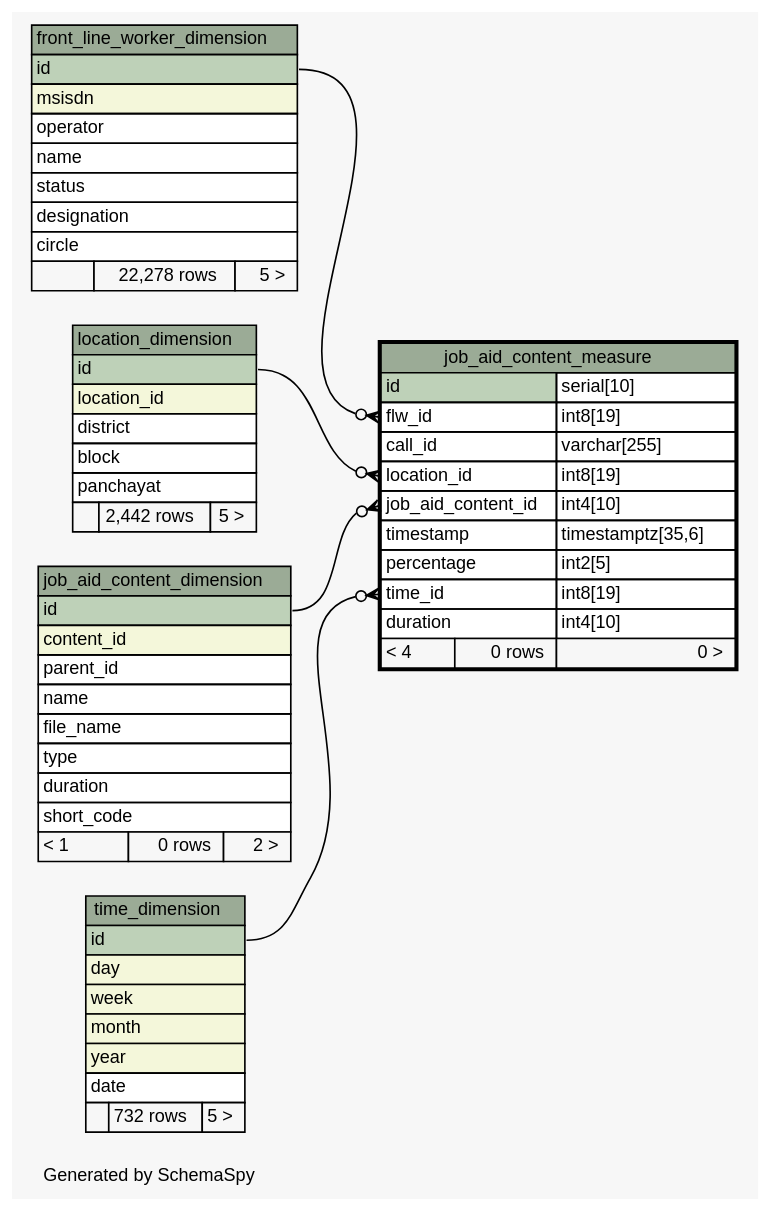
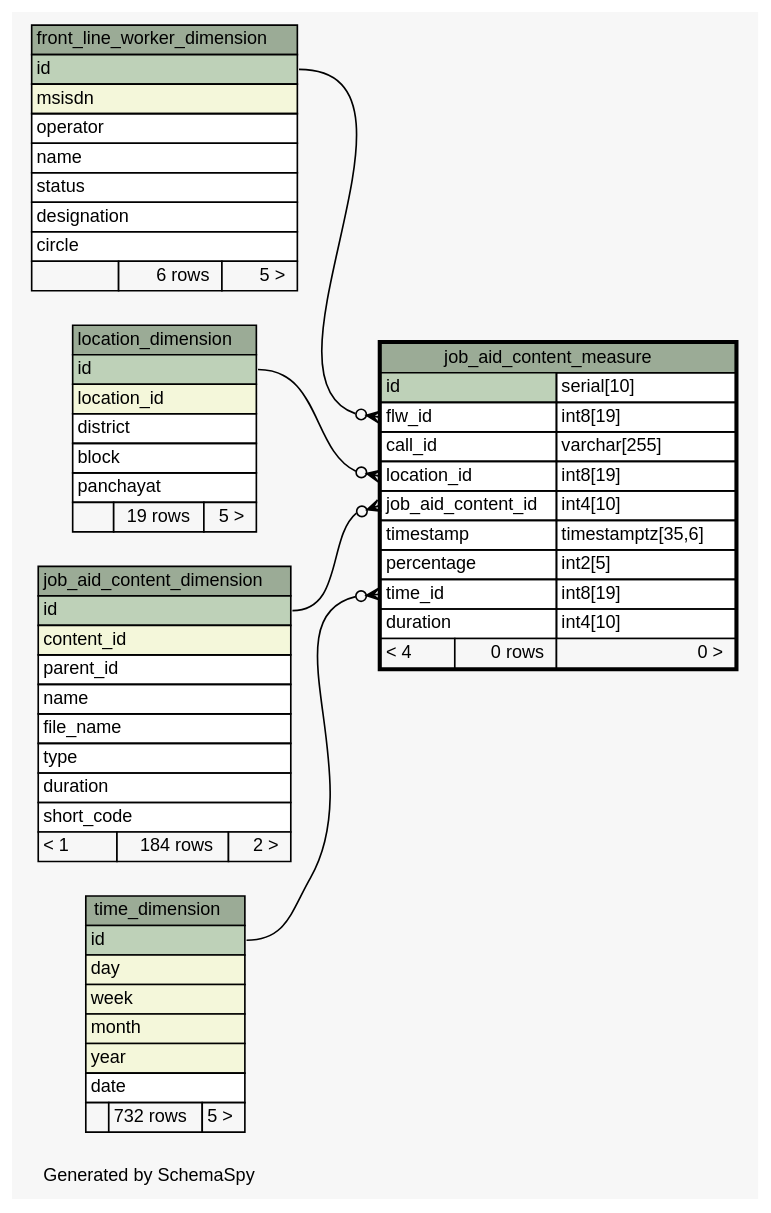
One commit to motech/ananya changed the diagram in ananya-report/build/schemaspy-output/diagrams/job_aid_content_measure.1degree.dot. Above: the diagram before and after it, drawn with Graphviz. The commit also changed 76 other files, not shown here.

```diff
--- a/ananya-report/build/schemaspy-output/diagrams/job_aid_content_measure.1degree.dot
+++ b/ananya-report/build/schemaspy-output/diagrams/job_aid_content_measure.1degree.dot
@@ -1,106 +1,106 @@
 // dot 2.26.3 on Linux 2.6.38-11-generic-pae
 // SchemaSpy rev 590
 digraph "oneDegreeRelationshipsDiagram" {
   graph [
     rankdir="RL"
     bgcolor="#f7f7f7"
     label="\nGenerated by SchemaSpy"
     labeljust="l"
     nodesep="0.18"
     ranksep="0.46"
     fontname="Helvetica"
     fontsize="11"
   ];
   node [
     fontname="Helvetica"
     fontsize="11"
     shape="plaintext"
   ];
   edge [
     arrowsize="0.8"
   ];
   "job_aid_content_measure":"flw_id":w -> "front_line_worker_dimension":"id":e [arrowhead=none dir=back arrowtail=crowodot];
   "job_aid_content_measure":"job_aid_content_id":w -> "job_aid_content_dimension":"id":e [arrowhead=none dir=back arrowtail=crowodot];
   "job_aid_content_measure":"location_id":w -> "location_dimension":"id":e [arrowhead=none dir=back arrowtail=crowodot];
   "job_aid_content_measure":"time_id":w -> "time_dimension":"id":e [arrowhead=none dir=back arrowtail=crowodot];
   "front_line_worker_dimension" [
     label=<
     <TABLE BORDER="0" CELLBORDER="1" CELLSPACING="0" BGCOLOR="#ffffff">
       <TR><TD COLSPAN="3" BGCOLOR="#9bab96" ALIGN="CENTER">front_line_worker_dimension</TD></TR>
       <TR><TD PORT="id" COLSPAN="3" BGCOLOR="#bed1b8" ALIGN="LEFT">id</TD></TR>
       <TR><TD PORT="msisdn" COLSPAN="3" BGCOLOR="#f4f7da" ALIGN="LEFT">msisdn</TD></TR>
       <TR><TD PORT="operator" COLSPAN="3" ALIGN="LEFT">operator</TD></TR>
       <TR><TD PORT="name" COLSPAN="3" ALIGN="LEFT">name</TD></TR>
       <TR><TD PORT="status" COLSPAN="3" ALIGN="LEFT">status</TD></TR>
       <TR><TD PORT="designation" COLSPAN="3" ALIGN="LEFT">designation</TD></TR>
       <TR><TD PORT="circle" COLSPAN="3" ALIGN="LEFT">circle</TD></TR>
-      <TR><TD ALIGN="LEFT" BGCOLOR="#f7f7f7">  </TD><TD ALIGN="RIGHT" BGCOLOR="#f7f7f7">22,278 rows</TD><TD ALIGN="RIGHT" BGCOLOR="#f7f7f7">5 &gt;</TD></TR>
+      <TR><TD ALIGN="LEFT" BGCOLOR="#f7f7f7">  </TD><TD ALIGN="RIGHT" BGCOLOR="#f7f7f7">6 rows</TD><TD ALIGN="RIGHT" BGCOLOR="#f7f7f7">5 &gt;</TD></TR>
     </TABLE>>
     URL="front_line_worker_dimension.html"
     tooltip="front_line_worker_dimension"
   ];
   "job_aid_content_dimension" [
     label=<
     <TABLE BORDER="0" CELLBORDER="1" CELLSPACING="0" BGCOLOR="#ffffff">
       <TR><TD COLSPAN="3" BGCOLOR="#9bab96" ALIGN="CENTER">job_aid_content_dimension</TD></TR>
       <TR><TD PORT="id" COLSPAN="3" BGCOLOR="#bed1b8" ALIGN="LEFT">id</TD></TR>
       <TR><TD PORT="content_id" COLSPAN="3" BGCOLOR="#f4f7da" ALIGN="LEFT">content_id</TD></TR>
       <TR><TD PORT="parent_id" COLSPAN="3" ALIGN="LEFT">parent_id</TD></TR>
       <TR><TD PORT="name" COLSPAN="3" ALIGN="LEFT">name</TD></TR>
       <TR><TD PORT="file_name" COLSPAN="3" ALIGN="LEFT">file_name</TD></TR>
       <TR><TD PORT="type" COLSPAN="3" ALIGN="LEFT">type</TD></TR>
       <TR><TD PORT="duration" COLSPAN="3" ALIGN="LEFT">duration</TD></TR>
       <TR><TD PORT="short_code" COLSPAN="3" ALIGN="LEFT">short_code</TD></TR>
-      <TR><TD ALIGN="LEFT" BGCOLOR="#f7f7f7">&lt; 1</TD><TD ALIGN="RIGHT" BGCOLOR="#f7f7f7">0 rows</TD><TD ALIGN="RIGHT" BGCOLOR="#f7f7f7">2 &gt;</TD></TR>
+      <TR><TD ALIGN="LEFT" BGCOLOR="#f7f7f7">&lt; 1</TD><TD ALIGN="RIGHT" BGCOLOR="#f7f7f7">184 rows</TD><TD ALIGN="RIGHT" BGCOLOR="#f7f7f7">2 &gt;</TD></TR>
     </TABLE>>
     URL="job_aid_content_dimension.html"
     tooltip="job_aid_content_dimension"
   ];
   "job_aid_content_measure" [
     label=<
     <TABLE BORDER="2" CELLBORDER="1" CELLSPACING="0" BGCOLOR="#ffffff">
       <TR><TD COLSPAN="3" BGCOLOR="#9bab96" ALIGN="CENTER">job_aid_content_measure</TD></TR>
       <TR><TD PORT="id" COLSPAN="2" BGCOLOR="#bed1b8" ALIGN="LEFT">id</TD><TD PORT="id.type" ALIGN="LEFT">serial[10]</TD></TR>
       <TR><TD PORT="flw_id" COLSPAN="2" ALIGN="LEFT">flw_id</TD><TD PORT="flw_id.type" ALIGN="LEFT">int8[19]</TD></TR>
       <TR><TD PORT="call_id" COLSPAN="2" ALIGN="LEFT">call_id</TD><TD PORT="call_id.type" ALIGN="LEFT">varchar[255]</TD></TR>
       <TR><TD PORT="location_id" COLSPAN="2" ALIGN="LEFT">location_id</TD><TD PORT="location_id.type" ALIGN="LEFT">int8[19]</TD></TR>
       <TR><TD PORT="job_aid_content_id" COLSPAN="2" ALIGN="LEFT">job_aid_content_id</TD><TD PORT="job_aid_content_id.type" ALIGN="LEFT">int4[10]</TD></TR>
       <TR><TD PORT="timestamp" COLSPAN="2" ALIGN="LEFT">timestamp</TD><TD PORT="timestamp.type" ALIGN="LEFT">timestamptz[35,6]</TD></TR>
       <TR><TD PORT="percentage" COLSPAN="2" ALIGN="LEFT">percentage</TD><TD PORT="percentage.type" ALIGN="LEFT">int2[5]</TD></TR>
       <TR><TD PORT="time_id" COLSPAN="2" ALIGN="LEFT">time_id</TD><TD PORT="time_id.type" ALIGN="LEFT">int8[19]</TD></TR>
       <TR><TD PORT="duration" COLSPAN="2" ALIGN="LEFT">duration</TD><TD PORT="duration.type" ALIGN="LEFT">int4[10]</TD></TR>
       <TR><TD ALIGN="LEFT" BGCOLOR="#f7f7f7">&lt; 4</TD><TD ALIGN="RIGHT" BGCOLOR="#f7f7f7">0 rows</TD><TD ALIGN="RIGHT" BGCOLOR="#f7f7f7">0 &gt;</TD></TR>
     </TABLE>>
     URL="job_aid_content_measure.html"
     tooltip="job_aid_content_measure"
   ];
   "location_dimension" [
     label=<
     <TABLE BORDER="0" CELLBORDER="1" CELLSPACING="0" BGCOLOR="#ffffff">
       <TR><TD COLSPAN="3" BGCOLOR="#9bab96" ALIGN="CENTER">location_dimension</TD></TR>
       <TR><TD PORT="id" COLSPAN="3" BGCOLOR="#bed1b8" ALIGN="LEFT">id</TD></TR>
       <TR><TD PORT="location_id" COLSPAN="3" BGCOLOR="#f4f7da" ALIGN="LEFT">location_id</TD></TR>
       <TR><TD PORT="district" COLSPAN="3" ALIGN="LEFT">district</TD></TR>
       <TR><TD PORT="block" COLSPAN="3" ALIGN="LEFT">block</TD></TR>
       <TR><TD PORT="panchayat" COLSPAN="3" ALIGN="LEFT">panchayat</TD></TR>
-      <TR><TD ALIGN="LEFT" BGCOLOR="#f7f7f7">  </TD><TD ALIGN="RIGHT" BGCOLOR="#f7f7f7">2,442 rows</TD><TD ALIGN="RIGHT" BGCOLOR="#f7f7f7">5 &gt;</TD></TR>
+      <TR><TD ALIGN="LEFT" BGCOLOR="#f7f7f7">  </TD><TD ALIGN="RIGHT" BGCOLOR="#f7f7f7">19 rows</TD><TD ALIGN="RIGHT" BGCOLOR="#f7f7f7">5 &gt;</TD></TR>
     </TABLE>>
     URL="location_dimension.html"
     tooltip="location_dimension"
   ];
   "time_dimension" [
     label=<
     <TABLE BORDER="0" CELLBORDER="1" CELLSPACING="0" BGCOLOR="#ffffff">
       <TR><TD COLSPAN="3" BGCOLOR="#9bab96" ALIGN="CENTER">time_dimension</TD></TR>
       <TR><TD PORT="id" COLSPAN="3" BGCOLOR="#bed1b8" ALIGN="LEFT">id</TD></TR>
       <TR><TD PORT="day" COLSPAN="3" BGCOLOR="#f4f7da" ALIGN="LEFT">day</TD></TR>
       <TR><TD PORT="week" COLSPAN="3" BGCOLOR="#f4f7da" ALIGN="LEFT">week</TD></TR>
       <TR><TD PORT="month" COLSPAN="3" BGCOLOR="#f4f7da" ALIGN="LEFT">month</TD></TR>
       <TR><TD PORT="year" COLSPAN="3" BGCOLOR="#f4f7da" ALIGN="LEFT">year</TD></TR>
       <TR><TD PORT="date" COLSPAN="3" ALIGN="LEFT">date</TD></TR>
       <TR><TD ALIGN="LEFT" BGCOLOR="#f7f7f7">  </TD><TD ALIGN="RIGHT" BGCOLOR="#f7f7f7">732 rows</TD><TD ALIGN="RIGHT" BGCOLOR="#f7f7f7">5 &gt;</TD></TR>
     </TABLE>>
     URL="time_dimension.html"
     tooltip="time_dimension"
   ];
 }
```
